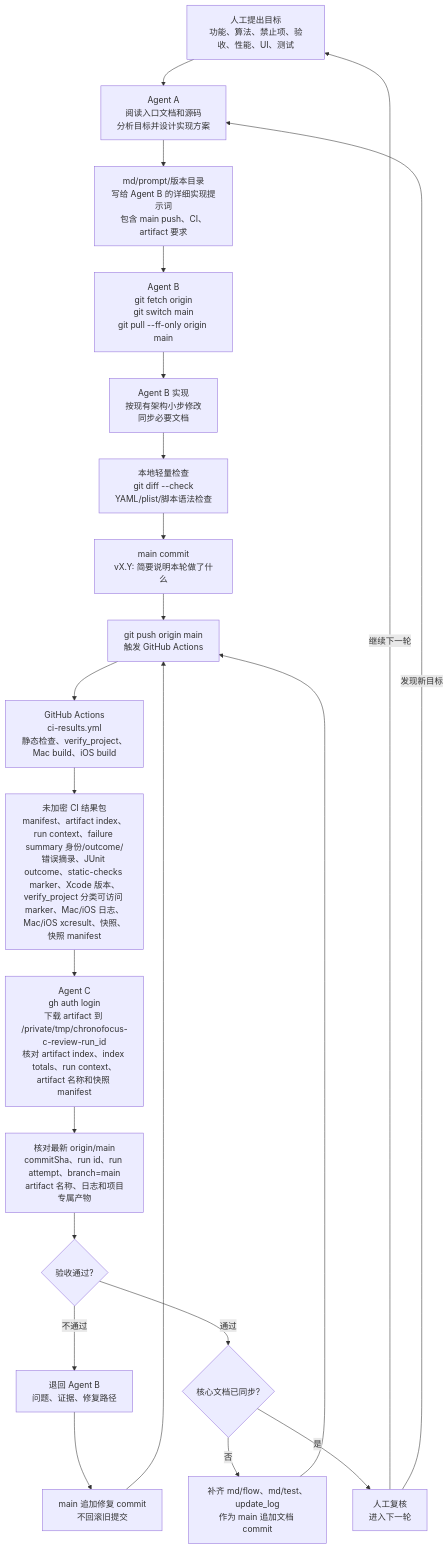
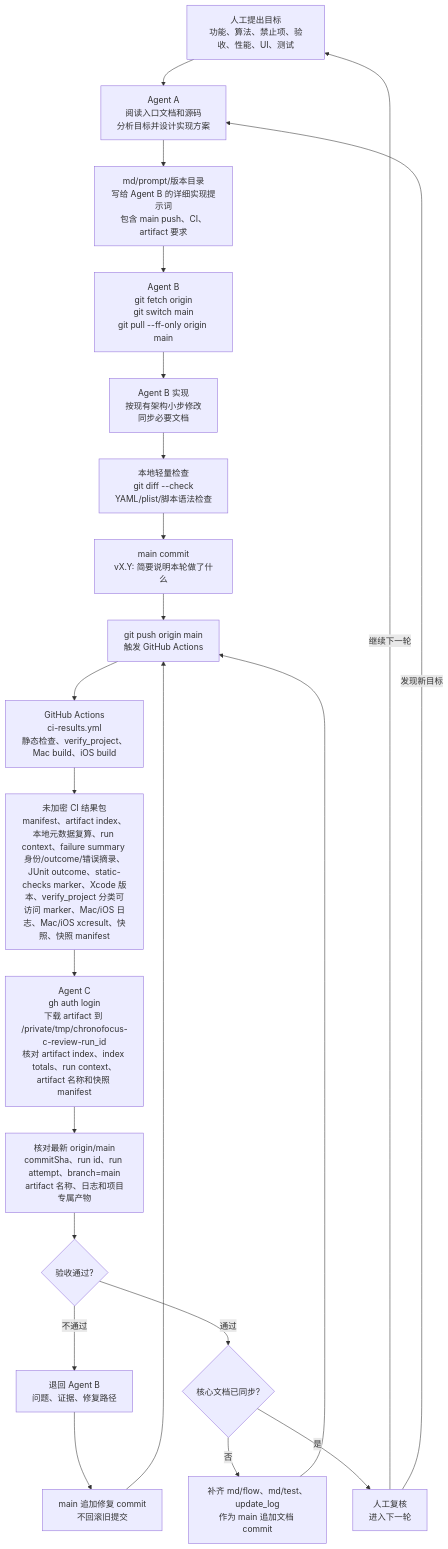
The fifth of 6 diagrams in md/flow/flowchart.md (Altman-sam114/114), drawn with Mermaid before and after one commit. The commit also changed other lines of this file and 7 other files, not shown here.

Commit message:
v0.39: 复算 artifact index 本地元数据

````diff
--- a/md/flow/flowchart.md
+++ b/md/flow/flowchart.md
@@ -102,24 +102,24 @@
 ```mermaid
 flowchart TD
   H["人工提出目标<br/>功能、算法、禁止项、验收、性能、UI、测试"] --> A["Agent A<br/>阅读入口文档和源码<br/>分析目标并设计实现方案"]
   A --> P["md/prompt/版本目录<br/>写给 Agent B 的详细实现提示词<br/>包含 main push、CI、artifact 要求"]
   P --> B0["Agent B<br/>git fetch origin<br/>git switch main<br/>git pull --ff-only origin main"]
   B0 --> B1["Agent B 实现<br/>按现有架构小步修改<br/>同步必要文档"]
   B1 --> L["本地轻量检查<br/>git diff --check<br/>YAML/plist/脚本语法检查"]
   L --> G["main commit<br/>vX.Y: 简要说明本轮做了什么"]
   G --> PUSH["git push origin main<br/>触发 GitHub Actions"]
   PUSH --> CI["GitHub Actions<br/>ci-results.yml<br/>静态检查、verify_project、Mac build、iOS build"]
-  CI --> ART["未加密 CI 结果包<br/>manifest、artifact index、run context、failure summary 身份/outcome/错误摘录、JUnit outcome、static-checks marker、Xcode 版本、verify_project 分类可访问 marker、Mac/iOS 日志、Mac/iOS xcresult、快照、快照 manifest"]
+  CI --> ART["未加密 CI 结果包<br/>manifest、artifact index、本地元数据复算、run context、failure summary 身份/outcome/错误摘录、JUnit outcome、static-checks marker、Xcode 版本、verify_project 分类可访问 marker、Mac/iOS 日志、Mac/iOS xcresult、快照、快照 manifest"]
   ART --> C["Agent C<br/>gh auth login<br/>下载 artifact 到 /private/tmp/chronofocus-c-review-run_id<br/>核对 artifact index、index totals、run context、artifact 名称和快照 manifest"]
   C --> V["核对最新 origin/main<br/>commitSha、run id、run attempt、branch=main<br/>artifact 名称、日志和项目专属产物"]
   V --> PASS{"验收通过?"}
   PASS -->|不通过| BACK["退回 Agent B<br/>问题、证据、修复路径"]
   BACK --> FIX["main 追加修复 commit<br/>不回滚旧提交"]
   FIX --> PUSH
   PASS -->|通过| DOC{"核心文档已同步?"}
   DOC -->|否| D["补齐 md/flow、md/test、update_log<br/>作为 main 追加文档 commit"]
   D --> PUSH
   DOC -->|是| J["人工复核<br/>进入下一轮"]
   J -->|继续下一轮| H
   J -->|发现新目标| A
 ```
````
